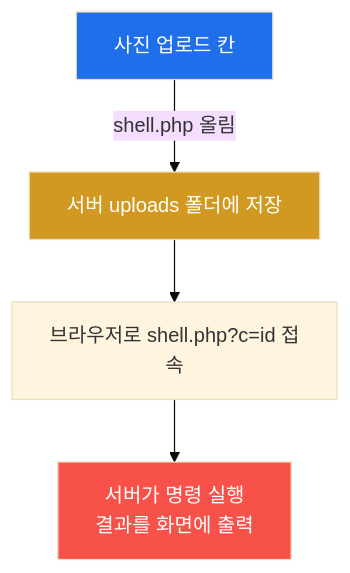
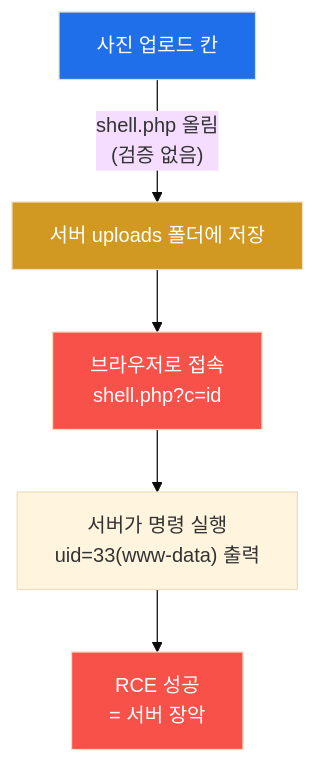
One commit to mrgrit/easy_web_hacking_class changed the eighth of 9 diagrams in contents/training/lecture_week03.md. Above: the diagram before and after it, drawn with Mermaid (base theme). The commit also changed other lines of this file and 23 other files, not shown here.

````diff
--- a/contents/training/lecture_week03.md
+++ b/contents/training/lecture_week03.md
@@ -170,9 +586,11 @@
 ```mermaid
 graph TD
-    A["사진 업로드 칸"] -->|"shell.php 올림"| B["서버 uploads 폴더에 저장"]
-    B --> C["브라우저로 shell.php?c=id 접속"]
-    C --> D["서버가 명령 실행<br/>결과를 화면에 출력"]
+    A["사진 업로드 칸"] -->|"shell.php 올림<br/>(검증 없음)"| B["서버 uploads 폴더에 저장"]
+    B --> C["브라우저로 접속<br/>shell.php?c=id"]
+    C --> D["서버가 명령 실행<br/>uid=33(www-data) 출력"]
+    D --> E["RCE 성공<br/>= 서버 장악"]
     style A fill:#1f6feb,color:#fff
     style B fill:#d29922,color:#fff
-    style D fill:#f85149,color:#fff
+    style C fill:#f85149,color:#fff
+    style E fill:#f85149,color:#fff
 ```
````
